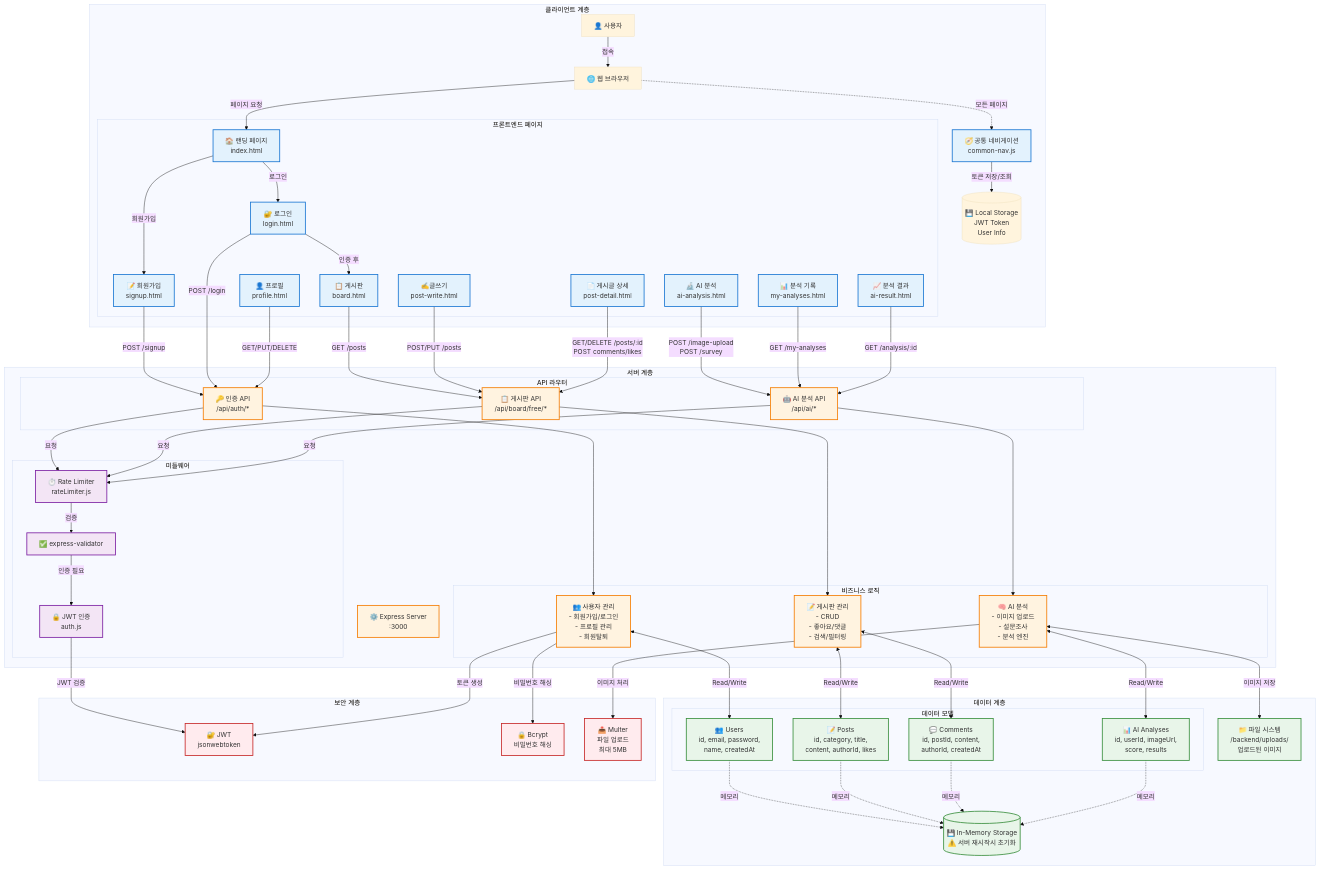
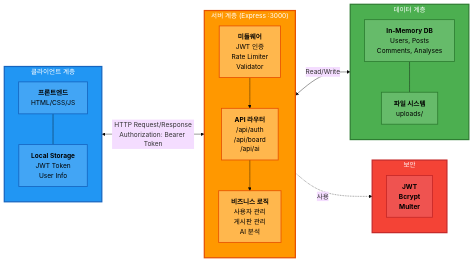
One commit to kyoe-23/DeepLearning_project changed the first of 7 diagrams in Architecture.md. Above: the diagram before and after it, drawn with Mermaid (base theme). The commit also changed other lines of this file, not shown here.

Commit message:
시스템 아키텍처

````diff
--- a/Architecture.md
+++ b/Architecture.md
@@ -8,130 +9,47 @@
 ```mermaid
-graph TB
-    subgraph "클라이언트 계층"
-        User[👤 사용자]
-        Browser[🌐 웹 브라우저]
-        
-        subgraph "프론트엔드 페이지"
-            Landing[🏠 랜딩 페이지<br/>index.html]
-            Login[🔐 로그인<br/>login.html]
-            Signup[📝 회원가입<br/>signup.html]
-            Board[📋 게시판<br/>board.html]
-            PostDetail[📄 게시글 상세<br/>post-detail.html]
-            PostWrite[✍️글쓰기<br/>post-write.html]
-            Profile[👤 프로필<br/>profile.html]
-            AIAnalysis[🔬 AI 분석<br/>ai-analysis.html]
-            MyAnalyses[📊 분석 기록<br/>my-analyses.html]
-            AIResult[📈 분석 결과<br/>ai-result.html]
-        end
-        
-        CommonNav[🧭 공통 네비게이션<br/>common-nav.js]
-        LocalStorage[(💾 Local Storage<br/>JWT Token<br/>User Info)]
+graph LR
+    subgraph CLIENT["클라이언트 계층"]
+        direction TB
+        FE["<b>프론트엔드</b><br/>HTML/CSS/JS"]
+        STORAGE["<b>Local Storage</b><br/>JWT Token<br/>User Info"]
+        FE --- STORAGE
     end
 
-    subgraph "서버 계층"
-        Express[⚙️ Express Server<br/>:3000]
-        
-        subgraph "미들웨어"
-            AuthMW[🔒 JWT 인증<br/>auth.js]
-            RateLimiter[⏱️ Rate Limiter<br/>rateLimiter.js]
-            Validator[✅ express-validator]
-        end
-        
-        subgraph "API 라우터"
-            AuthAPI[🔑 인증 API<br/>/api/auth/*]
-            BoardAPI[📋 게시판 API<br/>/api/board/free/*]
-            AIAPI[🤖 AI 분석 API<br/>/api/ai/*]
-        end
-        
-        subgraph "비즈니스 로직"
-            UserLogic[👥 사용자 관리<br/>- 회원가입/로그인<br/>- 프로필 관리<br/>- 회원탈퇴]
-            BoardLogic[📝 게시판 관리<br/>- CRUD<br/>- 좋아요/댓글<br/>- 검색/필터링]
-            AILogic[🧠 AI 분석<br/>- 이미지 업로드<br/>- 설문조사<br/>- 분석 엔진]
-        end
+    subgraph SERVER["서버 계층 (Express :3000)"]
+        direction TB
+        MW["<b>미들웨어</b><br/>JWT 인증<br/>Rate Limiter<br/>Validator"]
+        API["<b>API 라우터</b><br/>/api/auth<br/>/api/board<br/>/api/ai"]
+        LOGIC["<b>비즈니스 로직</b><br/>사용자 관리<br/>게시판 관리<br/>AI 분석"]
+        MW --> API --> LOGIC
     end
 
-    subgraph "데이터 계층"
-        InMemoryDB[(💾 In-Memory Storage<br/>⚠️ 서버 재시작시 초기화)]
-        FileSystem[📁 파일 시스템<br/>/backend/uploads/<br/>업로드된 이미지]
-        
-        subgraph "데이터 모델"
-            Users[👥 Users<br/>id, email, password,<br/>name, createdAt]
-            Posts[📝 Posts<br/>id, category, title,<br/>content, authorId, likes]
-            Comments[💬 Comments<br/>id, postId, content,<br/>authorId, createdAt]
-            Analyses[📊 AI Analyses<br/>id, userId, imageUrl,<br/>score, results]
-        end
+    subgraph DATA["데이터 계층"]
+        direction TB
+        MEMORY["<b>In-Memory DB</b><br/>Users, Posts<br/>Comments, Analyses"]
+        FILES["<b>파일 시스템</b><br/>uploads/"]
+        MEMORY --- FILES
     end
 
-    subgraph "보안 계층"
-        JWT[🔐 JWT<br/>jsonwebtoken]
-        Bcrypt[🔒 Bcrypt<br/>비밀번호 해싱]
-        Multer[📤 Multer<br/>파일 업로드<br/>최대 5MB]
+    subgraph SECURITY["보안"]
+        direction TB
+        SEC["<b>JWT</b><br/><b>Bcrypt</b><br/><b>Multer</b>"]
     end
 
-    %% 사용자 흐름
-    User -->|접속| Browser
-    Browser -->|페이지 요청| Landing
-    Landing -->|회원가입| Signup
-    Landing -->|로그인| Login
-    Login -->|인증 후| Board
+    CLIENT <-->|"HTTP Request/Response<br/>Authorization: Bearer Token"| SERVER
+    SERVER <-->|"Read/Write"| DATA
+    SERVER -.->|"사용"| SECURITY
+
+    style CLIENT fill:#2196F3,stroke:#1565C0,stroke-width:3px,color:#fff
+    style SERVER fill:#FF9800,stroke:#E65100,stroke-width:3px,color:#fff
+    style DATA fill:#4CAF50,stroke:#2E7D32,stroke-width:3px,color:#fff
+    style SECURITY fill:#F44336,stroke:#C62828,stroke-width:3px,color:#fff
     
-    %% 네비게이션
-    Browser -.->|모든 페이지| CommonNav
-    CommonNav -->|토큰 저장/조회| LocalStorage
-    
-    %% API 통신
-    Signup -->|POST /signup| AuthAPI
-    Login -->|POST /login| AuthAPI
-    Profile -->|GET/PUT/DELETE| AuthAPI
-    Board -->|GET /posts| BoardAPI
-    PostWrite -->|POST/PUT /posts| BoardAPI
-    PostDetail -->|GET/DELETE /posts/:id<br/>POST comments/likes| BoardAPI
-    AIAnalysis -->|POST /image-upload<br/>POST /survey| AIAPI
-    MyAnalyses -->|GET /my-analyses| AIAPI
-    AIResult -->|GET /analysis/:id| AIAPI
-    
-    %% 미들웨어 처리
-    AuthAPI -->|요청| RateLimiter
-    BoardAPI -->|요청| RateLimiter
-    AIAPI -->|요청| RateLimiter
-    
-    RateLimiter -->|검증| Validator
-    Validator -->|인증 필요| AuthMW
-    
-    AuthMW -->|JWT 검증| JWT
-    
-    %% 비즈니스 로직
-    AuthAPI --> UserLogic
-    BoardAPI --> BoardLogic
-    AIAPI --> AILogic
-    
-    %% 보안 처리
-    UserLogic -->|비밀번호 해싱| Bcrypt
-    UserLogic -->|토큰 생성| JWT
-    AILogic -->|이미지 처리| Multer
-    
-    %% 데이터 저장
-    UserLogic <-->|Read/Write| Users
-    BoardLogic <-->|Read/Write| Posts
-    BoardLogic <-->|Read/Write| Comments
-    AILogic <-->|Read/Write| Analyses
-    AILogic <-->|이미지 저장| FileSystem
-    
-    Users -.->|메모리| InMemoryDB
-    Posts -.->|메모리| InMemoryDB
-    Comments -.->|메모리| InMemoryDB
-    Analyses -.->|메모리| InMemoryDB
-
-    %% 스타일
-    classDef frontend fill:#e3f2fd,stroke:#1976d2,stroke-width:2px
-    classDef backend fill:#fff3e0,stroke:#f57c00,stroke-width:2px
-    classDef middleware fill:#f3e5f5,stroke:#7b1fa2,stroke-width:2px
-    classDef data fill:#e8f5e9,stroke:#388e3c,stroke-width:2px
-    classDef security fill:#ffebee,stroke:#c62828,stroke-width:2px
-    
-    class Landing,Login,Signup,Board,PostDetail,PostWrite,Profile,AIAnalysis,MyAnalyses,AIResult,CommonNav frontend
-    class Express,AuthAPI,BoardAPI,AIAPI,UserLogic,BoardLogic,AILogic backend
-    class AuthMW,RateLimiter,Validator middleware
-    class InMemoryDB,FileSystem,Users,Posts,Comments,Analyses data
-    class JWT,Bcrypt,Multer security
+    style FE fill:#42A5F5,stroke:#1565C0,stroke-width:2px,color:#000
+    style STORAGE fill:#42A5F5,stroke:#1565C0,stroke-width:2px,color:#000
+    style MW fill:#FFB74D,stroke:#E65100,stroke-width:2px,color:#000
+    style API fill:#FFB74D,stroke:#E65100,stroke-width:2px,color:#000
+    style LOGIC fill:#FFB74D,stroke:#E65100,stroke-width:2px,color:#000
+    style MEMORY fill:#66BB6A,stroke:#2E7D32,stroke-width:2px,color:#000
+    style FILES fill:#66BB6A,stroke:#2E7D32,stroke-width:2px,color:#000
+    style SEC fill:#EF5350,stroke:#C62828,stroke-width:2px,color:#000
 ```
````
